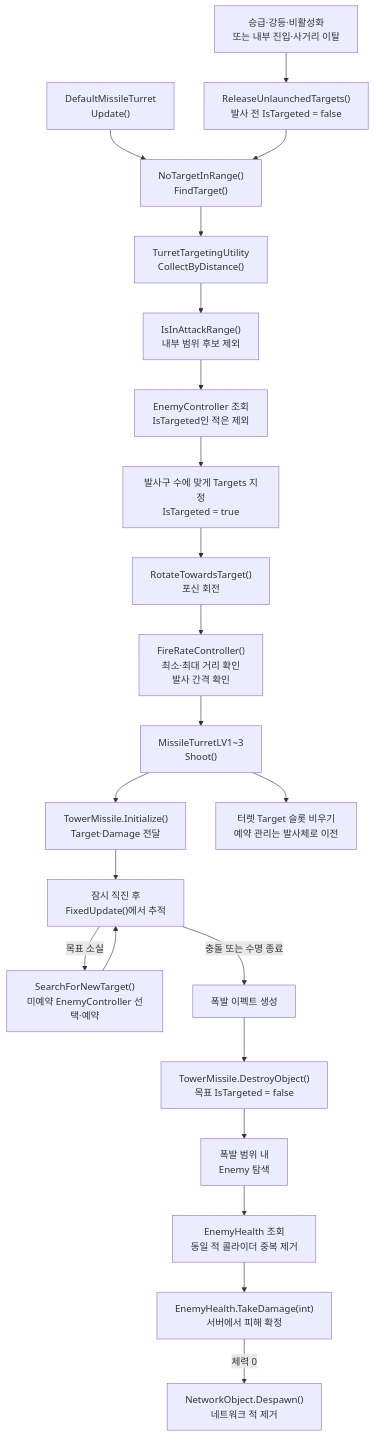
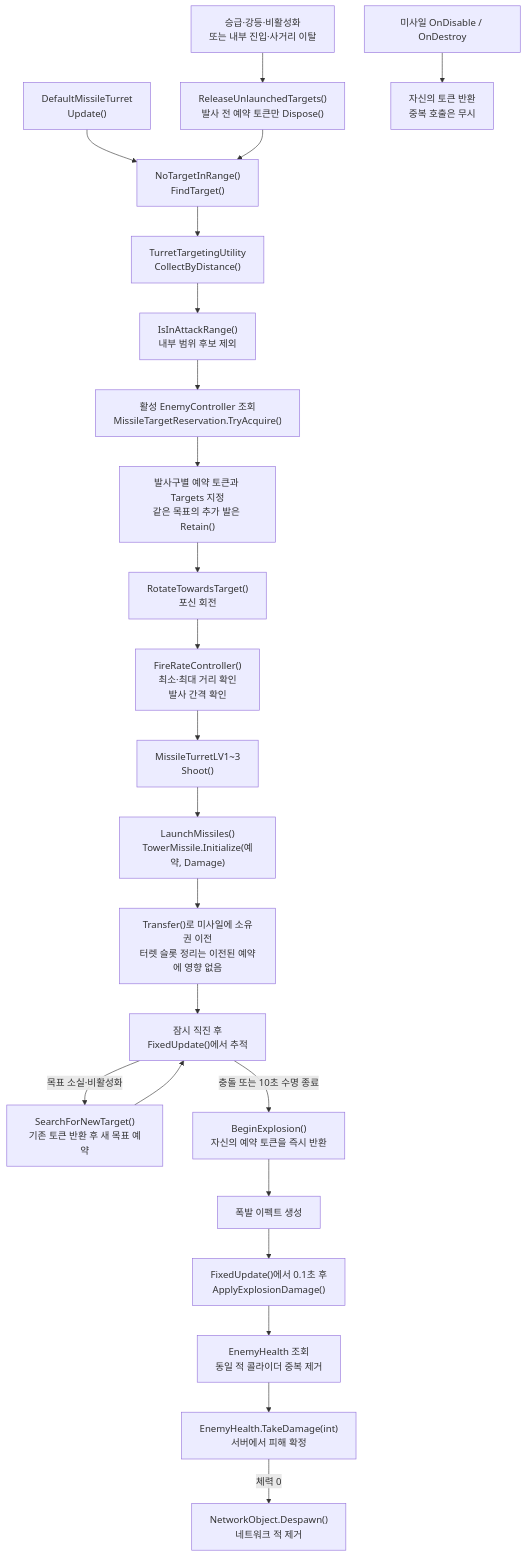
Before and after one commit to Team-HJD-21/unity-6-the-developer: the ninth of 16 diagrams in Docs/architecture/turret-system-guide.md, drawn with Mermaid. The commit also changed other lines of this file and 13 other files, not shown here.

First line of the commit message:
fix(turret): manage missile target reservation ownership

````diff
--- a/Docs/architecture/turret-system-guide.md
+++ b/Docs/architecture/turret-system-guide.md
@@ -416,24 +417,25 @@
 ```mermaid
 flowchart TD
     Update["DefaultMissileTurret<br>Update()"] --> Search["NoTargetInRange()<br>FindTarget()"]
     Search --> Collect["TurretTargetingUtility<br>CollectByDistance()"]
     Collect --> RangeCheck["IsInAttackRange()<br>내부 범위 후보 제외"]
-    RangeCheck --> Filter["EnemyController 조회<br>IsTargeted인 적은 제외"]
-    Filter --> Targets["발사구 수에 맞게 Targets 지정<br>IsTargeted = true"]
+    RangeCheck --> Filter["활성 EnemyController 조회<br>MissileTargetReservation.TryAcquire()"]
+    Filter --> Targets["발사구별 예약 토큰과 Targets 지정<br>같은 목표의 추가 발은 Retain()"]
     Targets --> Rotate["RotateTowardsTarget()<br>포신 회전"]
     Rotate --> Fire["FireRateController()<br>최소·최대 거리 확인<br>발사 간격 확인"]
     Fire --> Shoot["MissileTurretLV1~3<br>Shoot()"]
-    Shoot --> Init["TowerMissile.Initialize()<br>Target·Damage 전달"]
-    Shoot --> Transfer["터렛 Target 슬롯 비우기<br>예약 관리는 발사체로 이전"]
-    Change["승급·강등·비활성화<br>또는 내부 진입·사거리 이탈"] --> Release["ReleaseUnlaunchedTargets()<br>발사 전 IsTargeted = false"]
+    Shoot --> Init["LaunchMissiles()<br>TowerMissile.Initialize(예약, Damage)"]
+    Init --> Transfer["Transfer()로 미사일에 소유권 이전<br>터렛 슬롯 정리는 이전된 예약에 영향 없음"]
+    Change["승급·강등·비활성화<br>또는 내부 진입·사거리 이탈"] --> Release["ReleaseUnlaunchedTargets()<br>발사 전 예약 토큰만 Dispose()"]
     Release --> Search
-    Init --> Straight["잠시 직진 후<br>FixedUpdate()에서 추적"]
-    Straight -->|목표 소실| Retarget["SearchForNewTarget()<br>미예약 EnemyController 선택·예약"]
+    Transfer --> Straight["잠시 직진 후<br>FixedUpdate()에서 추적"]
+    Straight -->|목표 소실·비활성화| Retarget["SearchForNewTarget()<br>기존 토큰 반환 후 새 목표 예약"]
     Retarget --> Straight
-    Straight -->|충돌 또는 수명 종료| Explosion["폭발 이펙트 생성"]
-    Explosion --> Unreserve["TowerMissile.DestroyObject()<br>목표 IsTargeted = false"]
-    Unreserve --> Area["폭발 범위 내<br>Enemy 탐색"]
+    Straight -->|충돌 또는 10초 수명 종료| Unreserve["BeginExplosion()<br>자신의 예약 토큰을 즉시 반환"]
+    Disabled["미사일 OnDisable / OnDestroy"] --> Cleanup["자신의 토큰 반환<br>중복 호출은 무시"]
+    Unreserve --> Explosion["폭발 이펙트 생성"]
+    Explosion --> Area["FixedUpdate()에서 0.1초 후<br>ApplyExplosionDamage()"]
     Area --> Health["EnemyHealth 조회<br>동일 적 콜라이더 중복 제거"]
     Health --> Damage["EnemyHealth.TakeDamage(int)<br>서버에서 피해 확정"]
     Damage -->|체력 0| Die["NetworkObject.Despawn()<br>네트워크 적 제거"]
 ```
````
